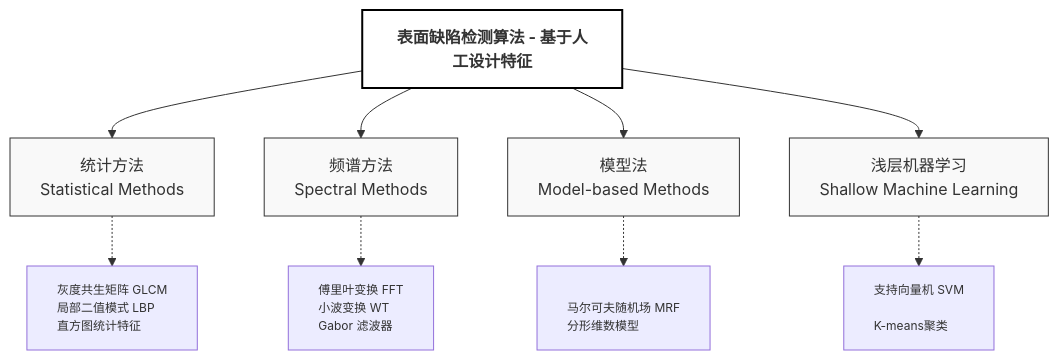
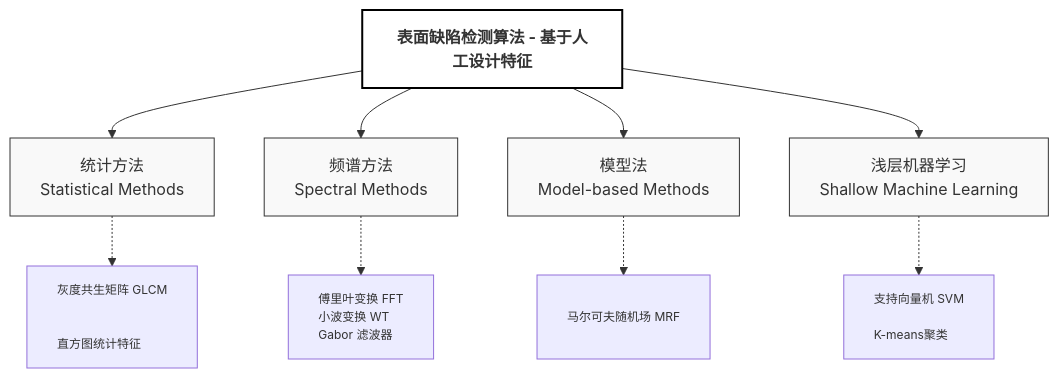
Before and after one commit to MAOSHENGsong/iodraw-files: the diagram in all/未命名-1.md, drawn with Mermaid.

Commit message:
2026-03-17 18:42:43 update

````diff
--- a/all/未命名-1.md
+++ b/all/未命名-1.md
@@ -1,41 +1,41 @@
 ```mermaid
 graph TB
     %% 核心标题
     Main[表面缺陷检测算法 - 基于人工设计特征] 
     
     %% 第一层级：四大分支
     Statistical[统计方法<br/>Statistical Methods]
     Spectral[频谱方法<br/>Spectral Methods]
     Model[模型法<br/>Model-based Methods]
     Machine[浅层机器学习<br/>Shallow Machine Learning]
 
     %% 第二层级：典型算法
-    Sub_Stat[灰度共生矩阵 GLCM<br/>局部二值模式 LBP<br/>直方图统计特征]
+    Sub_Stat[灰度共生矩阵 GLCM<br/><br/><br/>直方图统计特征]
     Sub_Spec[傅里叶变换 FFT<br/>小波变换 WT<br/>Gabor 滤波器]
-    Sub_Mod[<br/>马尔可夫随机场 MRF<br/>分形维数模型]
+    Sub_Mod[<br/>马尔可夫随机场 MRF<br/><br/>]
     Sub_Mach[支持向量机 SVM<br/><br/>K-means聚类<br/>]
 
     %% 建立连接
     Main --> Statistical
     Main --> Spectral
     Main --> Model
     Main --> Machine
 
     Statistical -.-> Sub_Stat
     Spectral -.-> Sub_Spec
     Model -.-> Sub_Mod
     Machine -.-> Sub_Mach
 
     %% 样式美化：论文通常使用白底黑字或淡色调
     style Main fill:#ffffff,stroke:#000,stroke-width:2px,font-weight:bold
     style Statistical fill:#f9f9f9,stroke:#333,stroke-width:1px
     style Spectral fill:#f9f9f9,stroke:#333,stroke-width:1px
     style Model fill:#f9f9f9,stroke:#333,stroke-width:1px
     style Machine fill:#f9f9f9,stroke:#333,stroke-width:1px
     
     %% 细化子项样式
     style Sub_Stat font-size:12px,text-align:left
     style Sub_Spec font-size:12px,text-align:left
     style Sub_Mod font-size:12px,text-align:left
     style Sub_Mach font-size:12px,text-align:left
 ```
````
